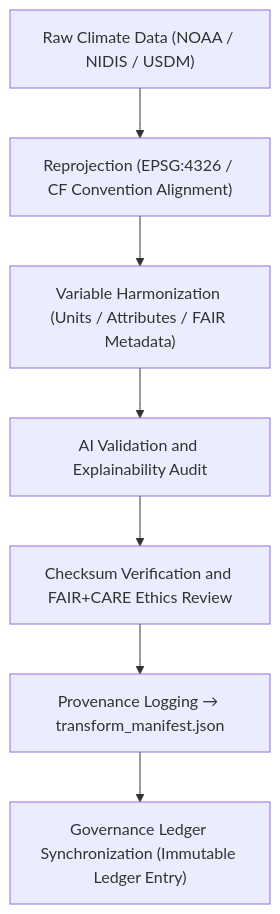
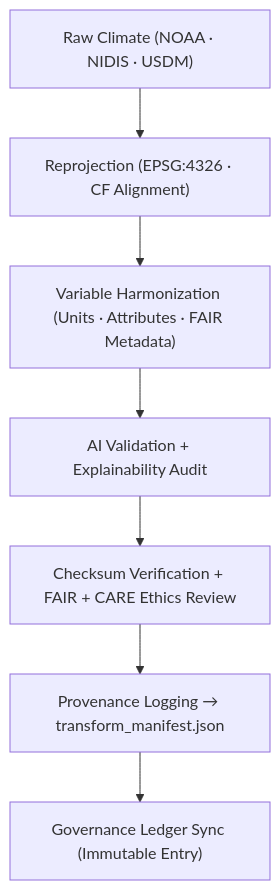
Before and after one commit to bartytime4life/Kansas-Frontier-Matrix: the diagram in data/work/tmp/climate/transforms/README.md, drawn with Mermaid. The commit also changed other lines of this file, not shown here.

````diff
--- a/data/work/tmp/climate/transforms/README.md
+++ b/data/work/tmp/climate/transforms/README.md
@@ -74,9 +73,9 @@
 ```mermaid
 flowchart TD
-    A["Raw Climate Data (NOAA / NIDIS / USDM)"] --> B["Reprojection (EPSG:4326 / CF Convention Alignment)"]
-    B --> C["Variable Harmonization (Units / Attributes / FAIR Metadata)"]
-    C --> D["AI Validation and Explainability Audit"]
-    D --> E["Checksum Verification and FAIR+CARE Ethics Review"]
+    A["Raw Climate (NOAA · NIDIS · USDM)"] --> B["Reprojection (EPSG:4326 · CF Alignment)"]
+    B --> C["Variable Harmonization (Units · Attributes · FAIR Metadata)"]
+    C --> D["AI Validation + Explainability Audit"]
+    D --> E["Checksum Verification + FAIR + CARE Ethics Review"]
     E --> F["Provenance Logging → transform_manifest.json"]
-    F --> G["Governance Ledger Synchronization (Immutable Ledger Entry)"]
+    F --> G["Governance Ledger Sync (Immutable Entry)"]
 ```
````
